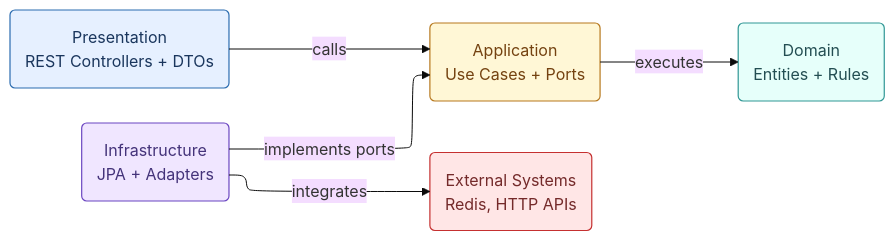
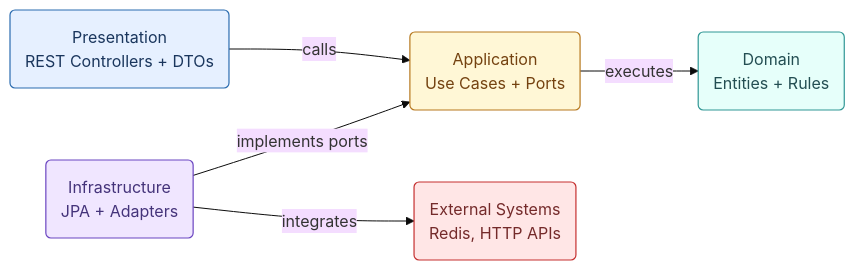
Before and after one commit to phatnguyen975/unihub-workshop: the third of 5 diagrams in docs/project-structure.md, drawn with Mermaid (base theme). The commit also changed other lines of this file and 41 other files, not shown here.

````diff
--- a/docs/project-structure.md
+++ b/docs/project-structure.md
@@ -319,27 +292,19 @@
 ```mermaid
----
-config:
-  layout: elk
----
 flowchart LR
-  Presentation["Presentation\nREST Controllers + DTOs"] -- calls --> Application["Application\nUse Cases + Ports"]
-  Application -- executes --> Domain["Domain\nEntities + Rules"]
-  Infrastructure["Infrastructure\nJPA + Adapters"] -- implements ports --> Application
-  Infrastructure -- integrates --> External["External Systems\nRedis, HTTP APIs"]
+  Presentation("Presentation<br/>REST Controllers + DTOs") -- calls --> Application("Application<br/>Use Cases + Ports")
+  Application -- executes --> Domain("Domain<br/>Entities + Rules")
+  Infrastructure("Infrastructure<br/>JPA + Adapters") -- implements ports --> Application
+  Infrastructure -- integrates --> External("External Systems<br/>Redis, HTTP APIs")
 
-  Presentation@{ shape: rounded}
-  Application@{ shape: rounded}
-  Domain@{ shape: rounded}
-  Infrastructure@{ shape: rounded}
-  External@{ shape: rounded}
-    Presentation:::presentation
-    Application:::application
-    Domain:::domain
-    Infrastructure:::infrastructure
-    External:::external
+  class Presentation presentation
+  class Application application
+  class Domain domain
+  class Infrastructure infrastructure
+  class External external
+
   classDef presentation fill:#e6f0ff,stroke:#2b6cb0,stroke-width:1.2px,color:#1a365d
   classDef application fill:#fff7d6,stroke:#b7791f,stroke-width:1.2px,color:#744210
   classDef domain fill:#e6fffa,stroke:#319795,stroke-width:1.2px,color:#234e52
   classDef infrastructure fill:#f0e6ff,stroke:#6b46c1,stroke-width:1.2px,color:#44337a
   classDef external fill:#ffe6e6,stroke:#c53030,stroke-width:1.2px,color:#742a2a
 ```
````
